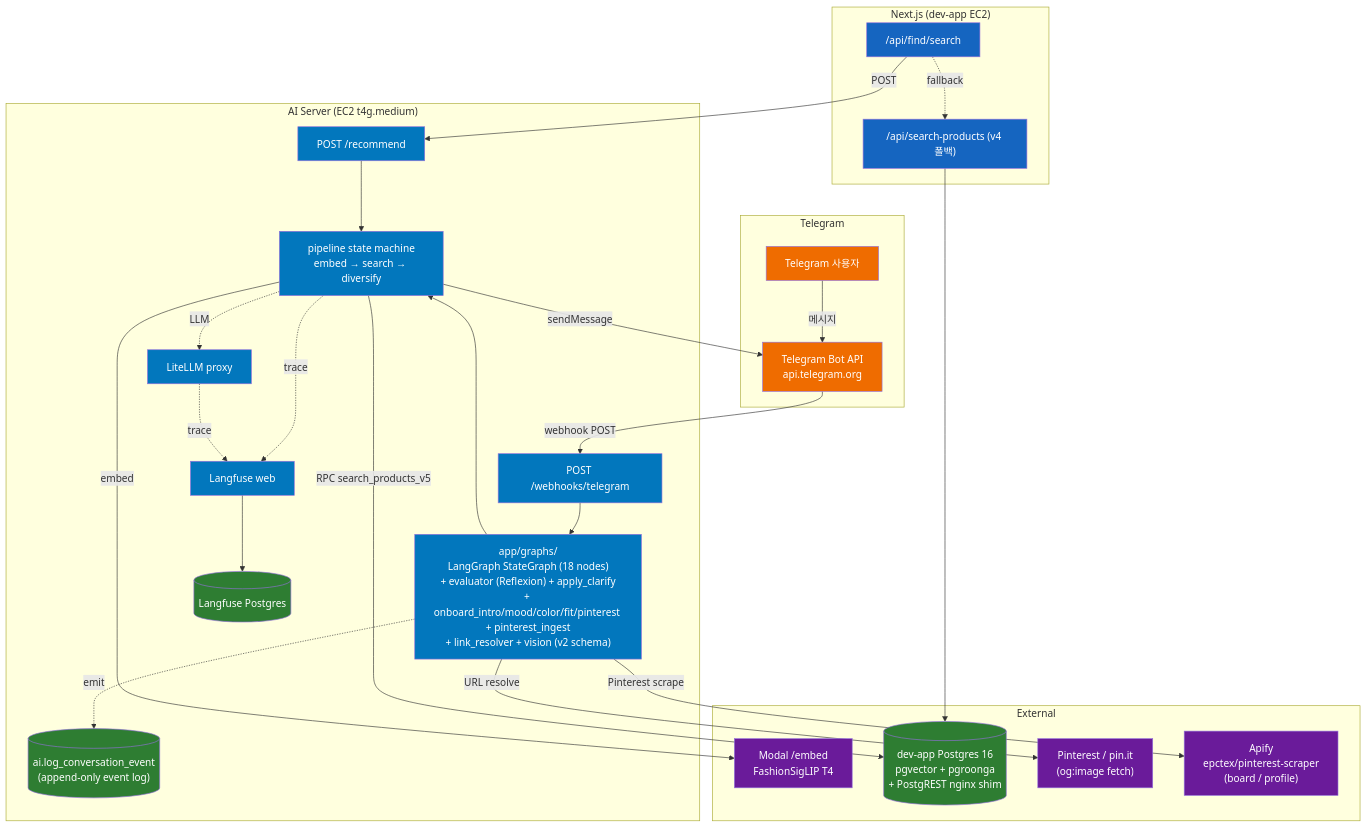
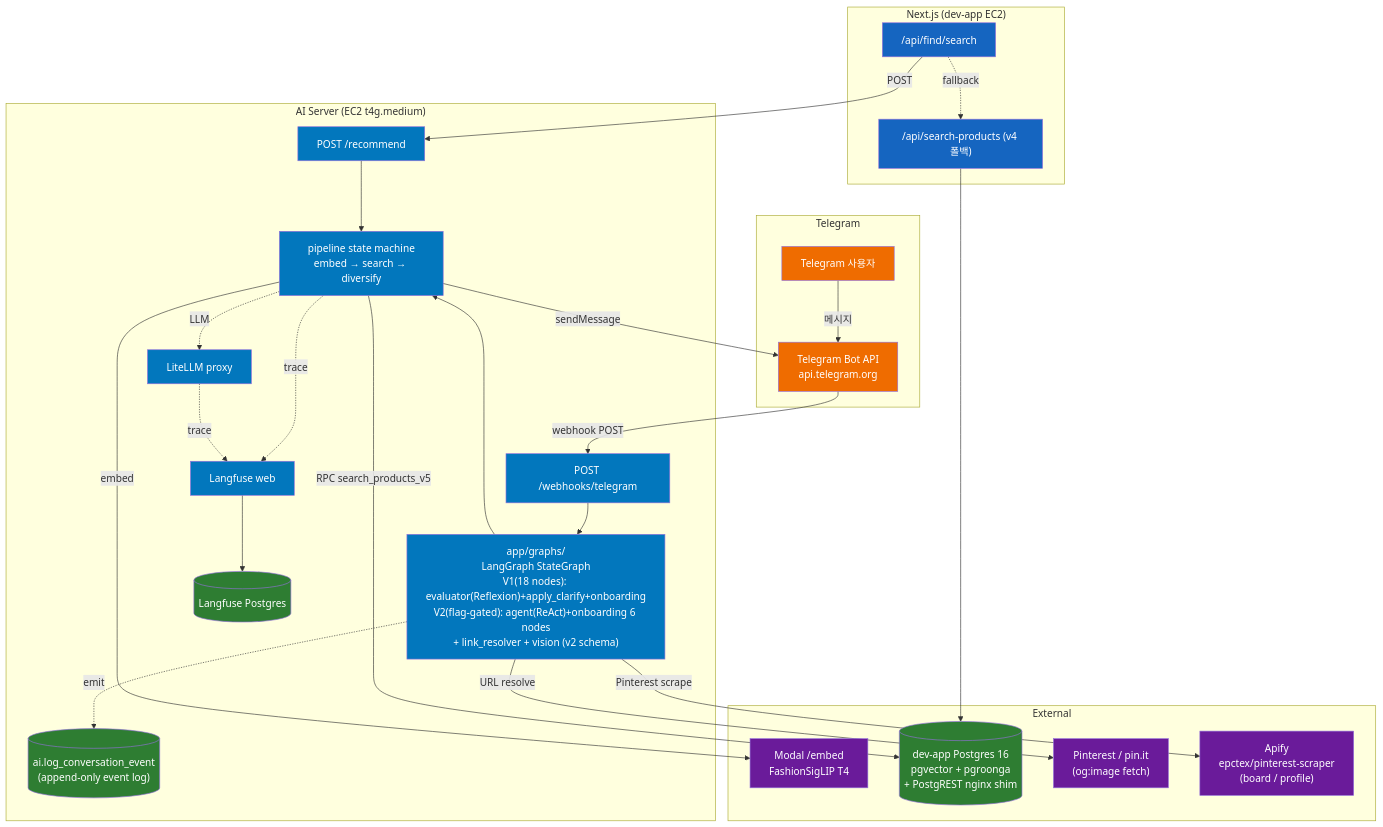
One commit to endurance-ai/ai-server changed the diagram in docs/ARCHITECTURE.md. Above: the diagram before and after it, drawn with Mermaid. The commit also changed other lines of this file and 10 other files, not shown here.

````diff
--- a/docs/ARCHITECTURE.md
+++ b/docs/ARCHITECTURE.md
@@ -36,63 +36,63 @@
 ```mermaid
 graph TB
     subgraph App["Next.js (dev-app EC2)"]
         FIND["/api/find/search"]
         V4["/api/search-products (v4 폴백)"]
     end
 
     subgraph Chat["Telegram"]
         TG_USER["Telegram 사용자"]
         TG_API["Telegram Bot API<br/>api.telegram.org"]
     end
 
     subgraph AI["AI Server (EC2 t4g.medium)"]
         REC["POST /recommend"]
         WH["POST /webhooks/telegram"]
-        CHAN["app/graphs/<br/>LangGraph StateGraph (18 nodes)<br/>+ evaluator (Reflexion) + apply_clarify<br/>+ onboard_intro/mood/color/fit/pinterest + pinterest_ingest<br/>+ link_resolver + vision (v2 schema)"]
+        CHAN["app/graphs/<br/>LangGraph StateGraph<br/>V1(18 nodes): evaluator(Reflexion)+apply_clarify+onboarding<br/>V2(flag-gated): agent(ReAct)+onboarding 6 nodes<br/>+ link_resolver + vision (v2 schema)"]
         PIPE["pipeline state machine<br/>embed → search → diversify"]
         LITELLM["LiteLLM proxy"]
         LFW["Langfuse web"]
         LFDB[("Langfuse Postgres")]
         CONVLOG[("ai.log_conversation_event<br/>(append-only event log)")]
     end
 
     subgraph External["External"]
         MODAL["Modal /embed<br/>FashionSigLIP T4"]
         SB[("dev-app Postgres 16<br/>pgvector + pgroonga<br/>+ PostgREST nginx shim")]
         PIN["Pinterest / pin.it<br/>(og:image fetch)"]
         APIFY["Apify<br/>epctex/pinterest-scraper<br/>(board / profile)"]
     end
 
     FIND -->|POST| REC
     FIND -.fallback.-> V4
     V4 --> SB
 
     TG_USER -->|메시지| TG_API
     TG_API -->|webhook POST| WH
     WH --> CHAN
     CHAN -->|URL resolve| PIN
     CHAN -->|Pinterest scrape| APIFY
     CHAN -. emit .-> CONVLOG
     CHAN --> PIPE
     PIPE -->|sendMessage| TG_API
 
     REC --> PIPE
     PIPE -->|embed| MODAL
     PIPE -->|RPC search_products_v5| SB
     PIPE -. trace .-> LFW
     PIPE -. LLM .-> LITELLM
     LITELLM -. trace .-> LFW
     LFW --> LFDB
 
     classDef app fill:#1565c0,color:#fff
     classDef ai fill:#0277bd,color:#fff
     classDef ext fill:#6a1b9a,color:#fff
     classDef data fill:#2e7d32,color:#fff
     classDef chat fill:#ef6c00,color:#fff
 
     class FIND,V4 app
     class REC,WH,CHAN,PIPE,LITELLM,LFW ai
     class MODAL,PIN,APIFY ext
     class SB,LFDB,CONVLOG data
     class TG_USER,TG_API chat
 ```
````
